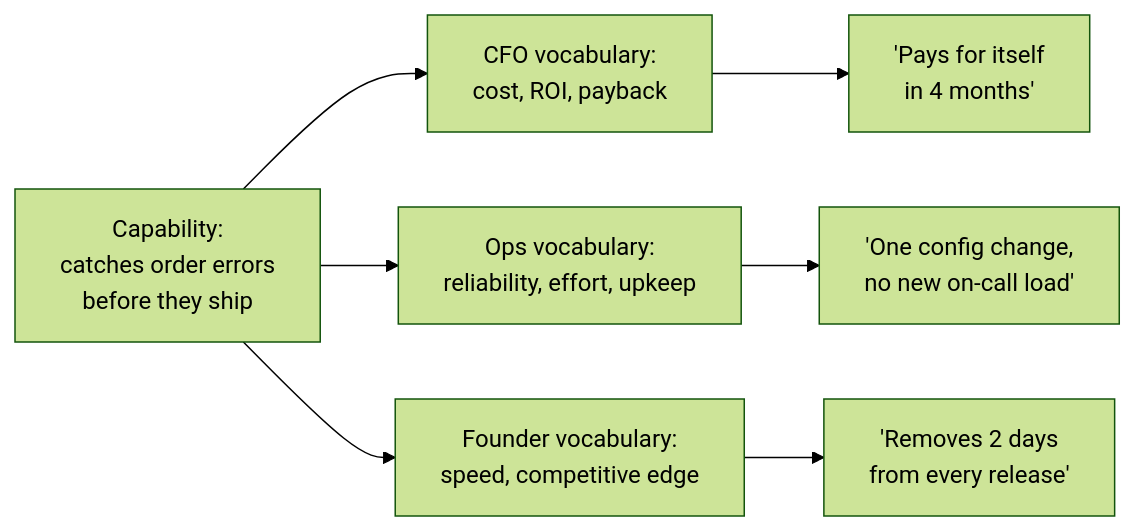
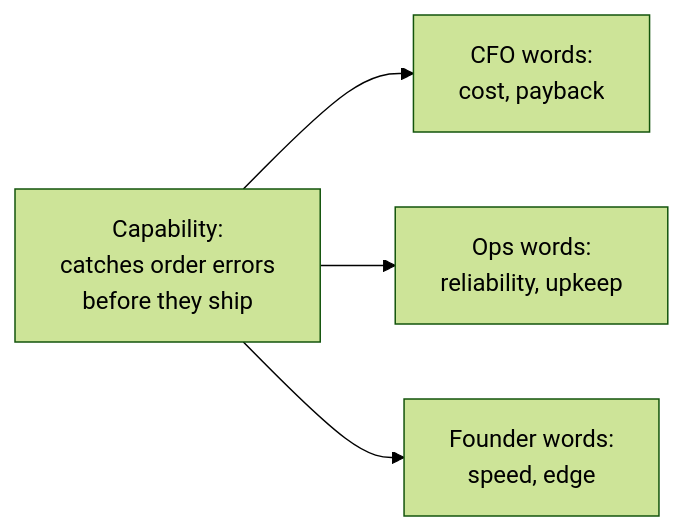
One commit to francoandreDev/knowledge changed the first of 2 diagrams in src/content/product-domain/translating-capability-into-their-vocabulary-cfo/L2-concept.mdx. Above: the diagram before and after it, drawn with Mermaid (forest theme). The commit also changed other lines of this file and 3 other files, not shown here.

Commit message:
Migrate product-domain/translating-capability-into-their-vocabulary-cfo to the three-tier exercise model

````diff
--- a/src/content/product-domain/translating-capability-into-their-vocabulary-cfo/L2-concept.mdx
+++ b/src/content/product-domain/translating-capability-into-their-vocabulary-cfo/L2-concept.mdx
@@ -50,9 +45,6 @@
 ```mermaid
 flowchart LR
-    A["Capability:\ncatches order errors\nbefore they ship"] --> B["CFO vocabulary:\ncost, ROI, payback"]
-    A --> C["Ops vocabulary:\nreliability, effort, upkeep"]
-    A --> D["Founder vocabulary:\nspeed, competitive edge"]
-    B --> B2["'Pays for itself\nin 4 months'"]
-    C --> C2["'One config change,\nno new on-call load'"]
-    D --> D2["'Removes 2 days\nfrom every release'"]
+    C["Capability:\ncatches order errors\nbefore they ship"] --> F1["CFO words:\ncost, payback"]
+    C --> O1["Ops words:\nreliability, upkeep"]
+    C --> D1["Founder words:\nspeed, edge"]
 ```
````
